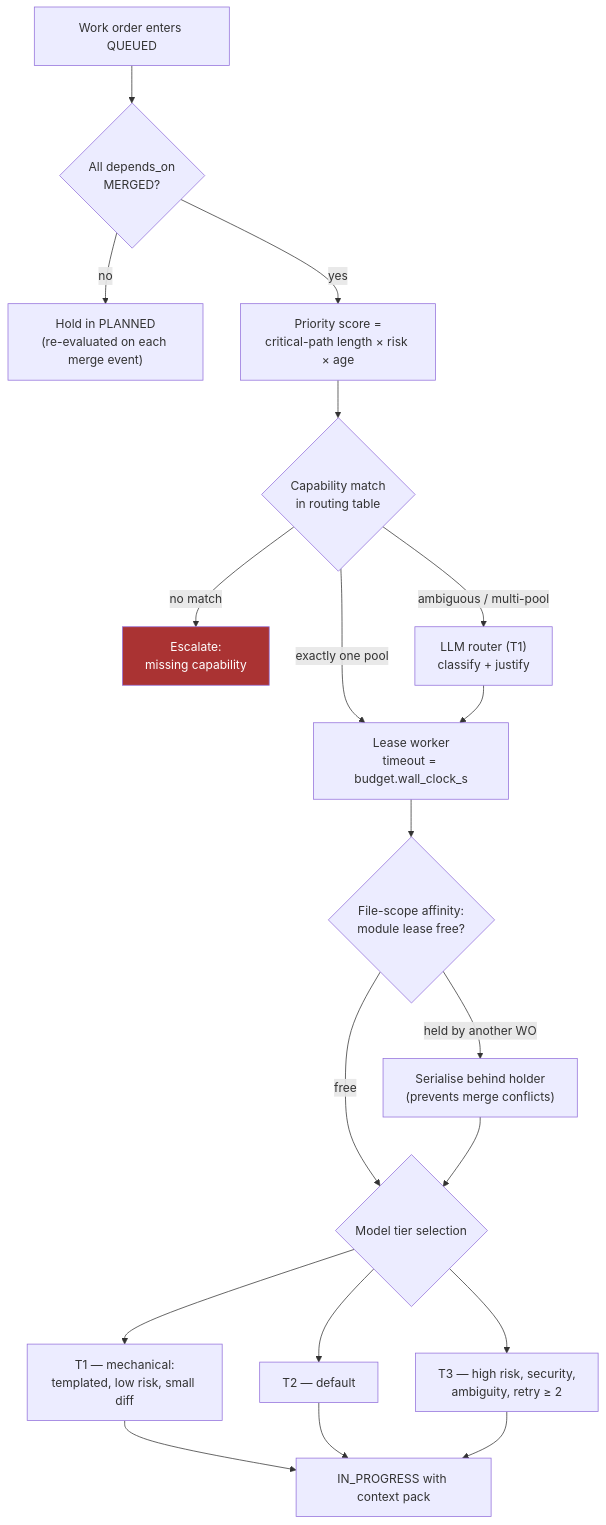
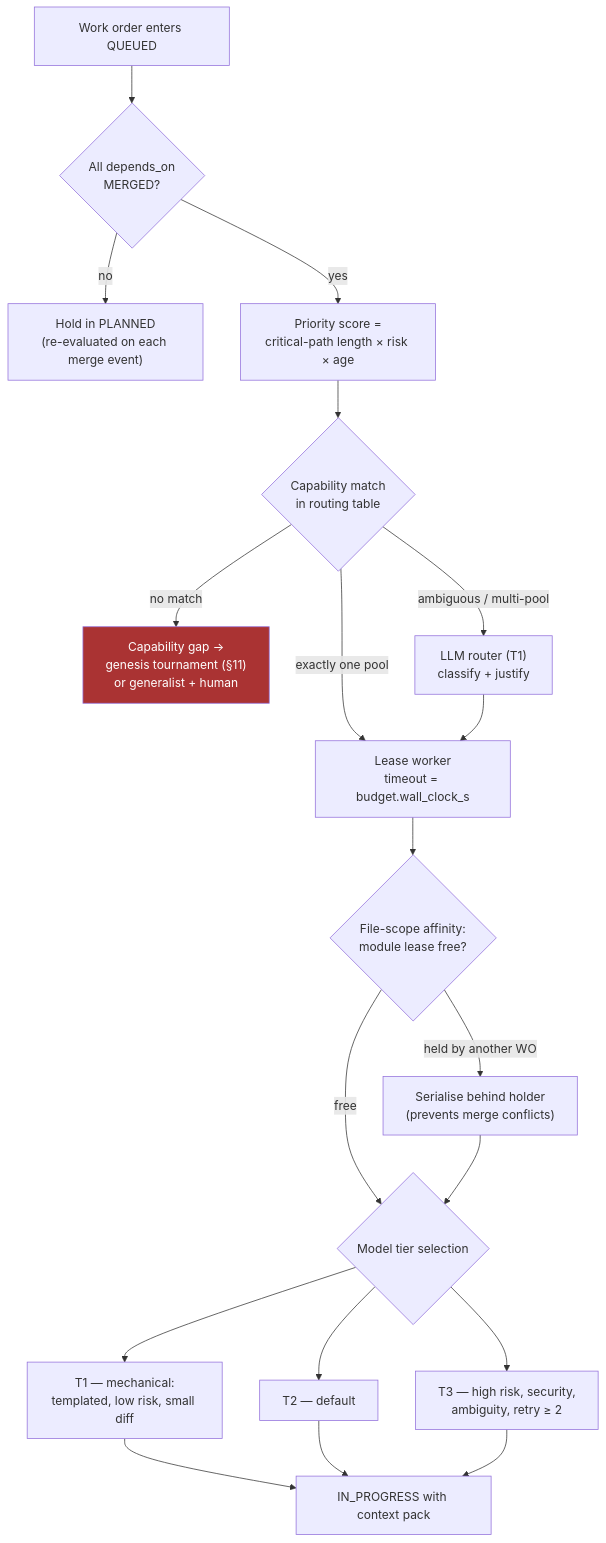
The first of 3 diagrams in docs/03-routing-and-validation.md (Kafloosi/Ai-agent-test), drawn with Mermaid before and after one commit. The commit also changed 6 other files, not shown here.

````diff
--- a/docs/03-routing-and-validation.md
+++ b/docs/03-routing-and-validation.md
@@ -11,21 +11,21 @@
 ```mermaid
 flowchart TB
     NEW["Work order enters QUEUED"] --> READY{"All depends_on<br/>MERGED?"}
     READY -- no --> WAIT["Hold in PLANNED<br/>(re-evaluated on each merge event)"]
     READY -- yes --> PRIO["Priority score =<br/>critical-path length × risk × age"]
     PRIO --> CAP{"Capability match<br/>in routing table"}
     CAP -- "exactly one pool" --> LEASE
-    CAP -- "no match" --> ESC["Escalate:<br/>missing capability"]
+    CAP -- "no match" --> ESC["Capability gap →<br/>genesis tournament (§11)<br/>or generalist + human"]
     CAP -- "ambiguous / multi-pool" --> LLMR["LLM router (T1)<br/>classify + justify"]
     LLMR --> LEASE["Lease worker<br/>timeout = budget.wall_clock_s"]
     LEASE --> AFF{"File-scope affinity:<br/>module lease free?"}
     AFF -- "held by another WO" --> SERIAL["Serialise behind holder<br/>(prevents merge conflicts)"]
     AFF -- free --> TIER{"Model tier selection"}
     SERIAL --> TIER
     TIER --> T1["T1 — mechanical:<br/>templated, low risk, small diff"]
     TIER --> T2["T2 — default"]
     TIER --> T3["T3 — high risk, security,<br/>ambiguity, retry ≥ 2"]
     T1 & T2 & T3 --> RUN["IN_PROGRESS with context pack"]
 
     style ESC fill:#a33,color:#fff
 ```
````
